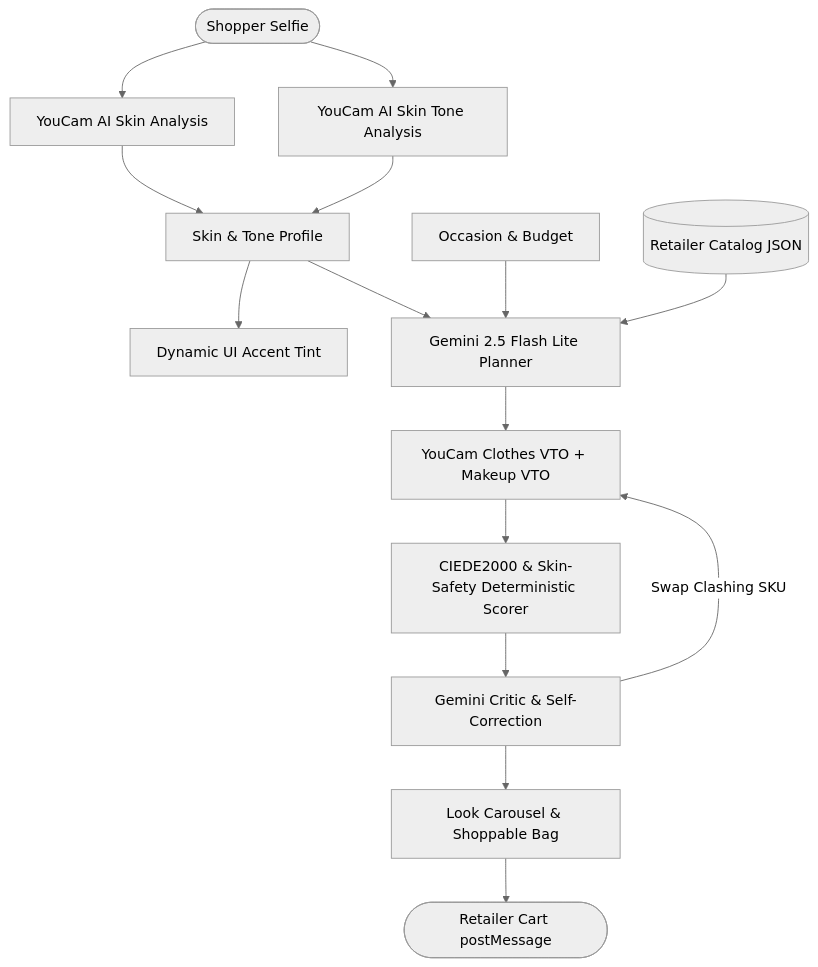
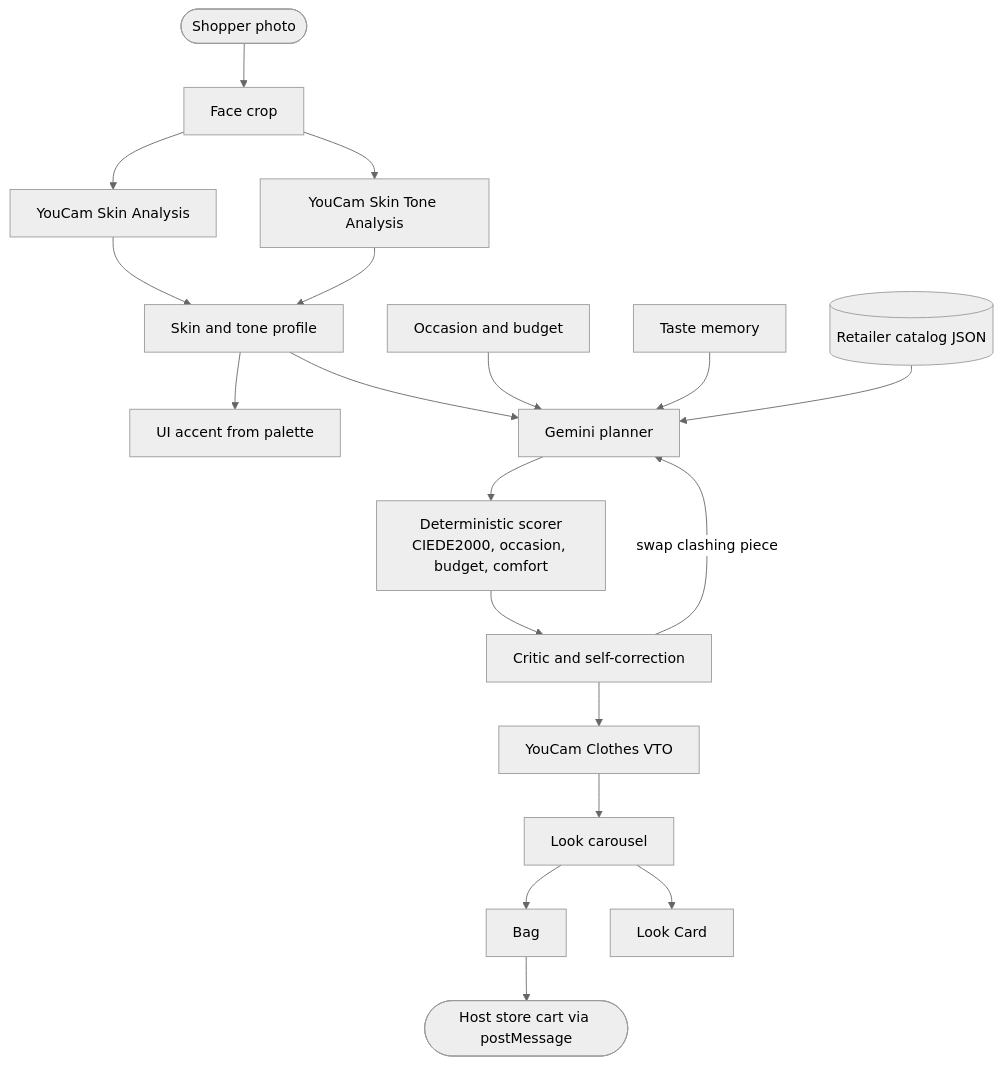
Before and after one commit to roshanrateria/looksmith_ai: the diagram in README.md, drawn with Mermaid (neutral theme). The commit also changed other lines of this file, not shown here.

````diff
--- a/README.md
+++ b/README.md
@@ -29,20 +72,21 @@
 ```mermaid
 flowchart TD
-    User(["Shopper Selfie"]) --> SkinAI["YouCam AI Skin Analysis"]
-    User --> ToneAI["YouCam AI Skin Tone Analysis"]
-
-    SkinAI --> Profile["Skin & Tone Profile"]
-    ToneAI --> Profile
-    Profile --> DynamicUI["Dynamic UI Accent Tint"]
-
-    Profile --> GeminiPlanner["Gemini 2.5 Flash Lite Planner"]
-    Occasion["Occasion & Budget"] --> GeminiPlanner
-    Catalog[("Retailer Catalog JSON")] --> GeminiPlanner
-
-    GeminiPlanner --> TryOn["YouCam Clothes VTO + Makeup VTO"]
-    TryOn --> Scorer["CIEDE2000 & Skin-Safety Deterministic Scorer"]
-    Scorer --> GeminiCritic["Gemini Critic & Self-Correction"]
-    GeminiCritic -- "Swap Clashing SKU" --> TryOn
-    GeminiCritic --> FinalLooks["Look Carousel & Shoppable Bag"]
-    FinalLooks --> RetailerCheckout(["Retailer Cart postMessage"])
+    Photo(["Shopper photo"]) --> Crop["Face crop"]
+    Crop --> Skin["YouCam Skin Analysis"]
+    Crop --> Tone["YouCam Skin Tone Analysis"]
+    Skin --> Profile["Skin and tone profile"]
+    Tone --> Profile
+    Profile --> Accent["UI accent from palette"]
+    Profile --> Planner["Gemini planner"]
+    Occasion["Occasion and budget"] --> Planner
+    Taste["Taste memory"] --> Planner
+    Catalog[("Retailer catalog JSON")] --> Planner
+    Planner --> Scorer["Deterministic scorer<br/>CIEDE2000, occasion, budget, comfort"]
+    Scorer --> Critic["Critic and self-correction"]
+    Critic -- "swap clashing piece" --> Planner
+    Critic --> VTO["YouCam Clothes VTO"]
+    VTO --> Looks["Look carousel"]
+    Looks --> Bag["Bag"]
+    Bag --> Host(["Host store cart via postMessage"])
+    Looks --> Share["Look Card"]
 ```
````
